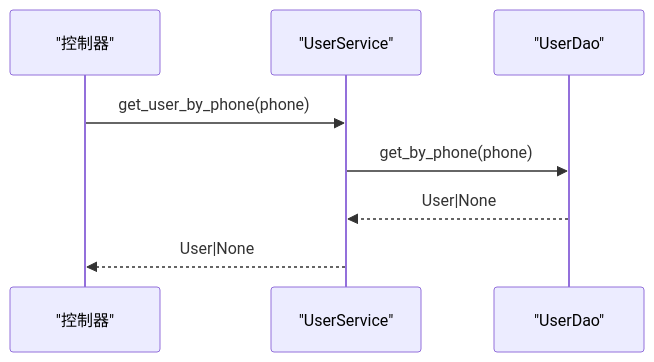
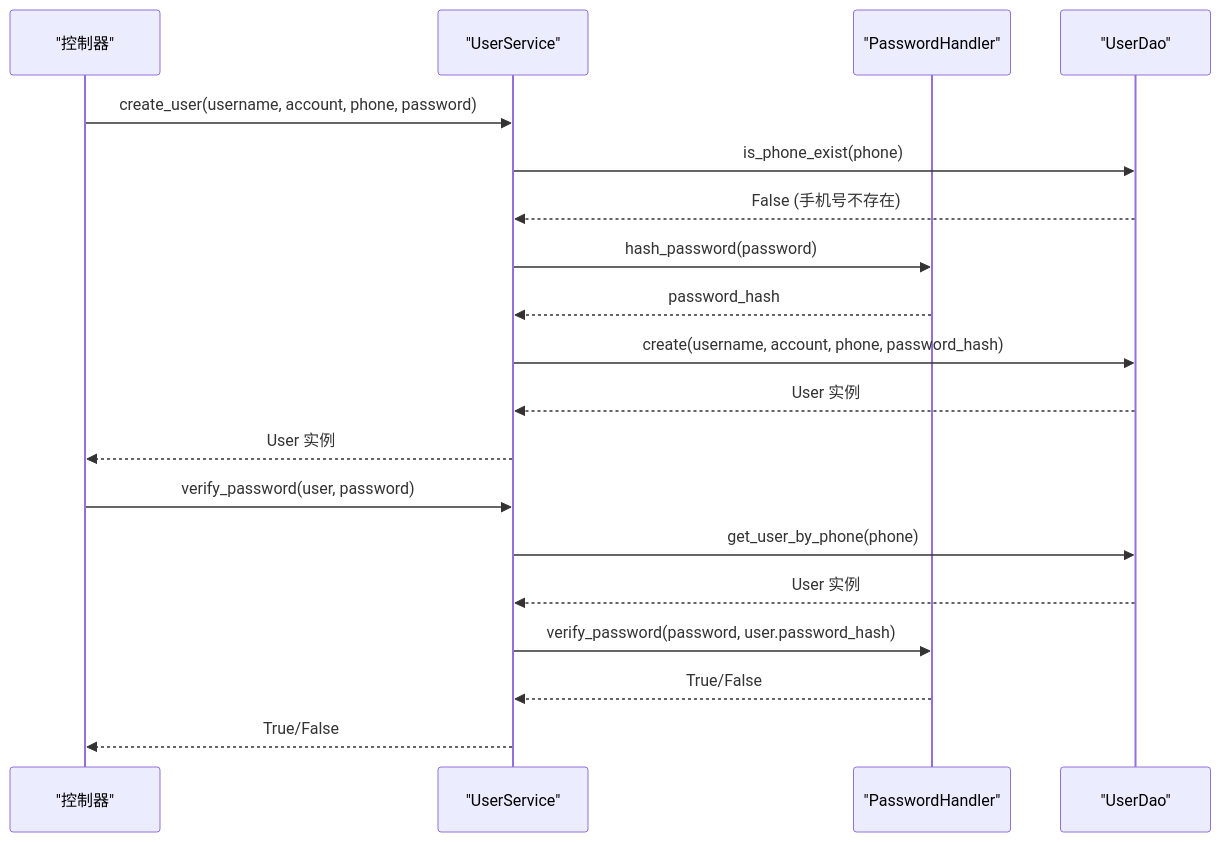
Before and after one commit to lilinzezzzzzz/fastapi-backend: the sixth of 8 diagrams in .qoder/repowiki/zh/content/数据模型/用户模型.md, drawn with Mermaid. The commit also changed other lines of this file and 38 other files, not shown here.

````diff
--- a/.qoder/repowiki/zh/content/数据模型/用户模型.md
+++ b/.qoder/repowiki/zh/content/数据模型/用户模型.md
@@ -214,10 +280,21 @@
 ```mermaid
 sequenceDiagram
 participant Ctrl as "控制器"
 participant Svc as "UserService"
+participant PH as "PasswordHandler"
 participant Dao as "UserDao"
-Ctrl->>Svc : get_user_by_phone(phone)
-Svc->>Dao : get_by_phone(phone)
-Dao-->>Svc : User|None
-Svc-->>Ctrl : User|None
+Ctrl->>Svc : create_user(username, account, phone, password)
+Svc->>Dao : is_phone_exist(phone)
+Dao-->>Svc : False (手机号不存在)
+Svc->>PH : hash_password(password)
+PH-->>Svc : password_hash
+Svc->>Dao : create(username, account, phone, password_hash)
+Dao-->>Svc : User 实例
+Svc-->>Ctrl : User 实例
+Ctrl->>Svc : verify_password(user, password)
+Svc->>Dao : get_user_by_phone(phone)
+Dao-->>Svc : User 实例
+Svc->>PH : verify_password(password, user.password_hash)
+PH-->>Svc : True/False
+Svc-->>Ctrl : True/False
 ```
````
